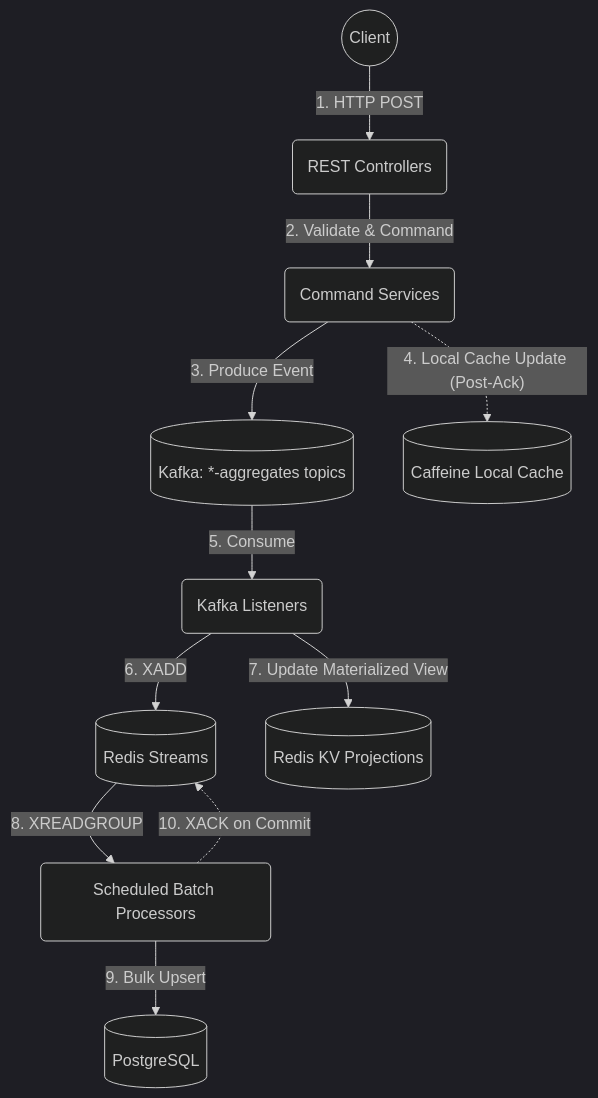
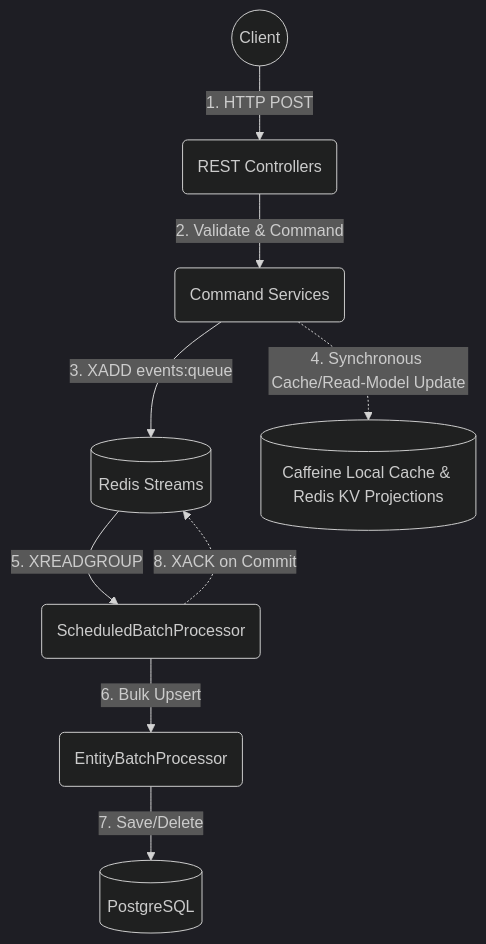
The diagram in ARCHITECTURE.md (rajadilipkolli/boot-high-rps-sample), drawn with Mermaid (dark theme) before and after one commit. The commit also changed other lines of this file and 22 other files, not shown here.

````diff
--- a/ARCHITECTURE.md
+++ b/ARCHITECTURE.md
@@ -15,16 +14,13 @@
 ```mermaid
 flowchart TD
     Client(("Client")) -->|"1. HTTP POST"| REST("REST Controllers")
     REST -->|"2. Validate & Command"| Service("Command Services")
     
-    Service -->|"3. Produce Event"| KafkaAgg[("Kafka: *-aggregates topics")]
-    Service -.->|"4. Local Cache Update (Post-Ack)"| Cache[("Caffeine Local Cache")]
+    Service -->|"3. XADD events:queue"| RedisStreams[("Redis Streams")]
+    Service -.->|"4. Synchronous Cache/Read-Model Update"| Cache[("Caffeine Local Cache & Redis KV Projections")]
     
-    KafkaAgg -->|"5. Consume"| Listener("Kafka Listeners")
-    Listener -->|"6. XADD"| RedisStreams[("Redis Streams")]
-    Listener -->|"7. Update Materialized View"| RedisCache[("Redis KV Projections")]
-    
-    RedisStreams -->|"8. XREADGROUP"| Batch("Scheduled Batch Processors")
-    Batch -->|"9. Bulk Upsert"| Postgres[("PostgreSQL")]
-    Batch -.->|"10. XACK on Commit"| RedisStreams
+    RedisStreams -->|"5. XREADGROUP"| Batch("ScheduledBatchProcessor")
+    Batch -->|"6. Bulk Upsert"| EntityBatchProcessor("EntityBatchProcessor")
+    EntityBatchProcessor -->|"7. Save/Delete"| Postgres[("PostgreSQL")]
+    Batch -.->|"8. XACK on Commit"| RedisStreams
 ```
````
